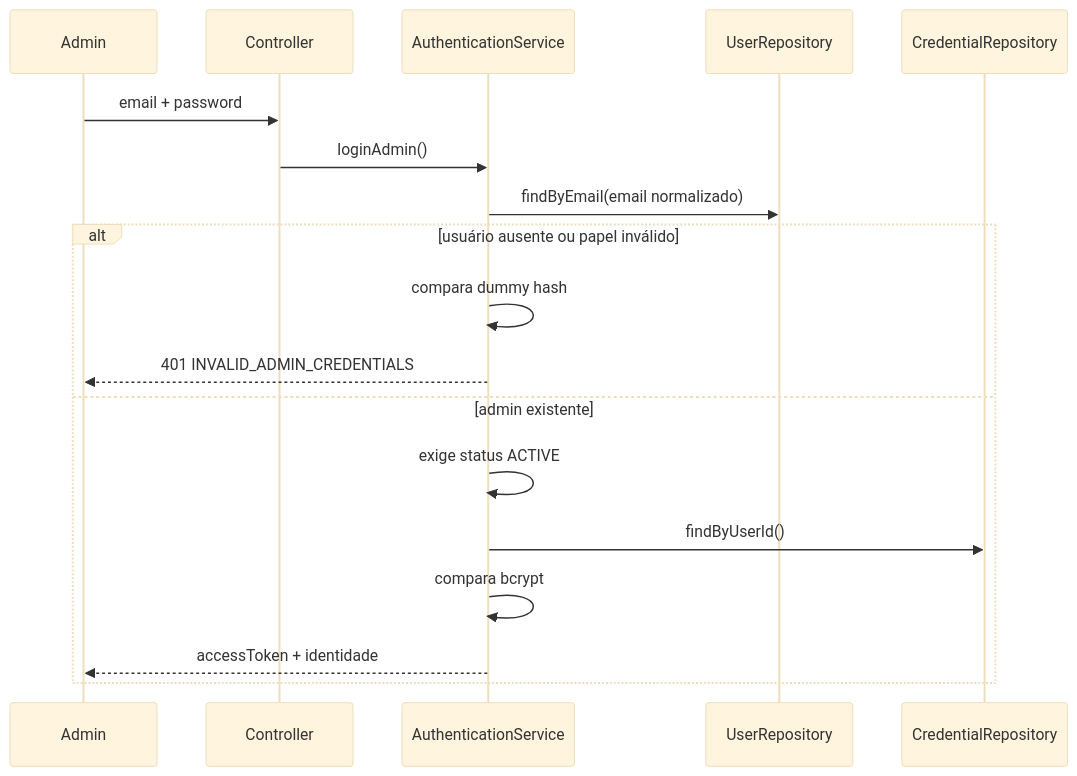
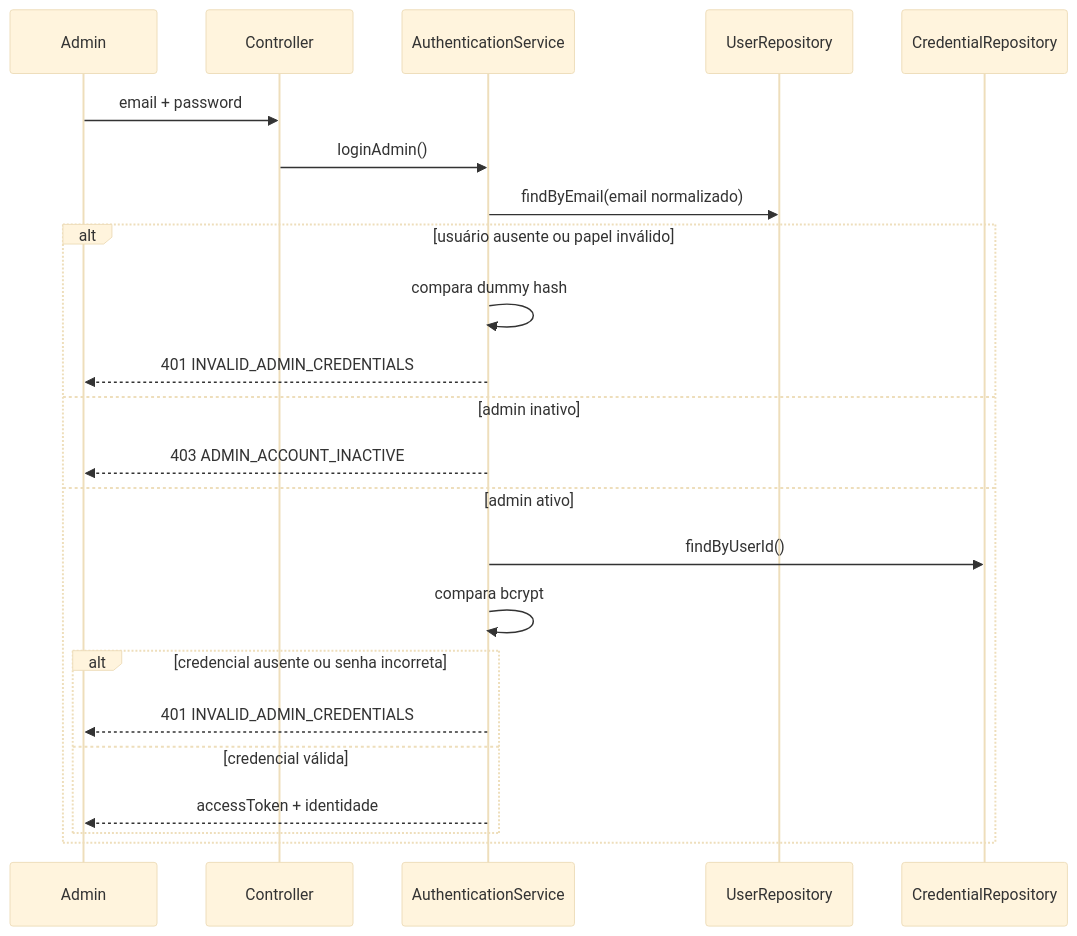
The first of 3 diagrams in docs/flows/modules/authentication.md (thaissacarvalho/Catalisa), drawn with Mermaid (base theme) before and after one commit. The commit also changed other lines of this file and 18 other files, not shown here.

````diff
--- a/docs/flows/modules/authentication.md
+++ b/docs/flows/modules/authentication.md
@@ -5,20 +5,25 @@
 ```mermaid
 sequenceDiagram
     participant A as Admin
     participant C as Controller
     participant S as AuthenticationService
     participant U as UserRepository
     participant R as CredentialRepository
     A->>C: email + password
     C->>S: loginAdmin()
     S->>U: findByEmail(email normalizado)
     alt usuário ausente ou papel inválido
         S->>S: compara dummy hash
         S-->>A: 401 INVALID_ADMIN_CREDENTIALS
-    else admin existente
-        S->>S: exige status ACTIVE
+    else admin inativo
+        S-->>A: 403 ADMIN_ACCOUNT_INACTIVE
+    else admin ativo
         S->>R: findByUserId()
         S->>S: compara bcrypt
-        S-->>A: accessToken + identidade
+        alt credencial ausente ou senha incorreta
+            S-->>A: 401 INVALID_ADMIN_CREDENTIALS
+        else credencial válida
+            S-->>A: accessToken + identidade
+        end
     end
 ```
````
